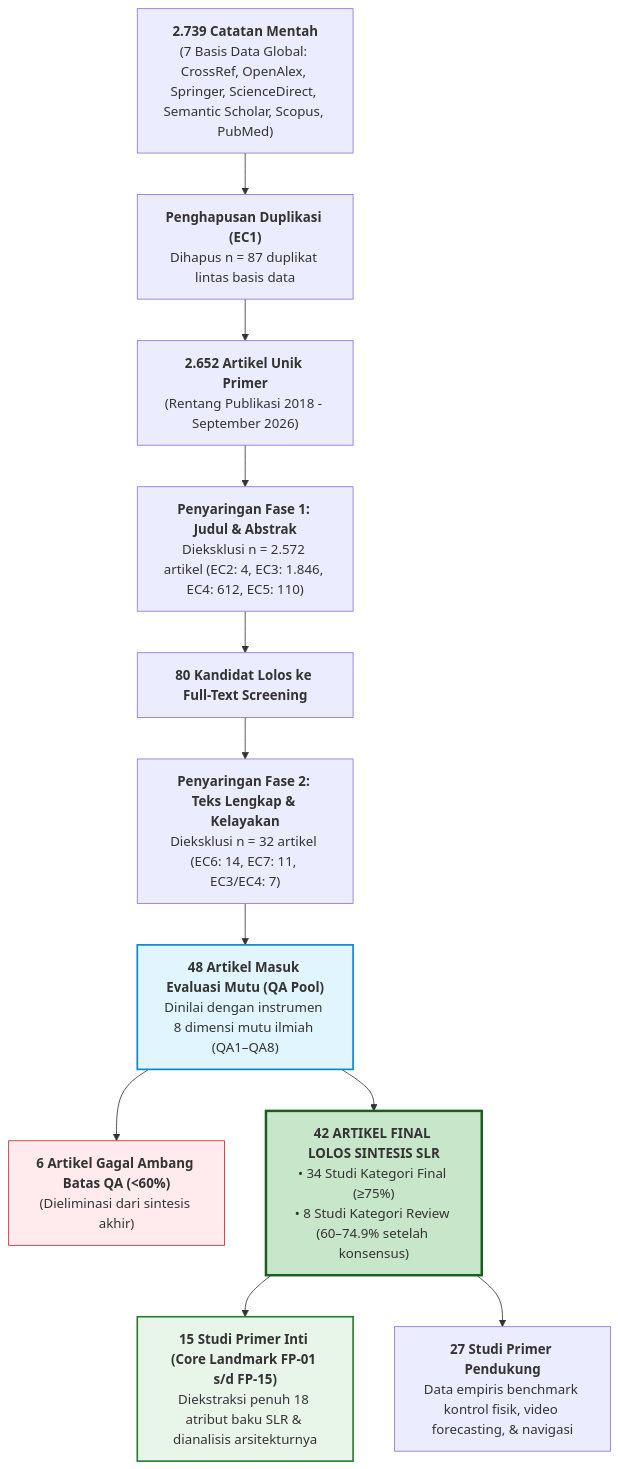
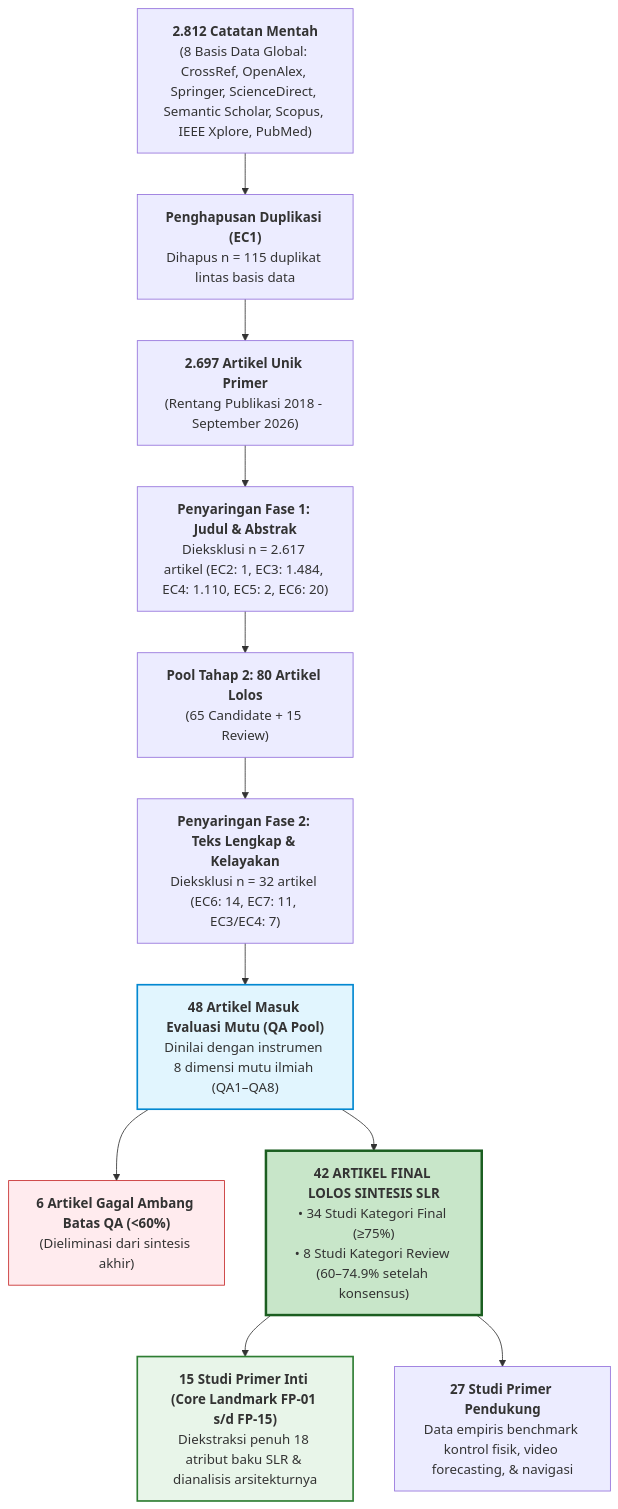
Before and after one commit to aryarefman/penulisan-ilmiah: the first of 2 diagrams in README.md, drawn with Mermaid. The commit also changed other lines of this file and 18 other files, not shown here.

````diff
--- a/README.md
+++ b/README.md
@@ -37,26 +37,26 @@
 ```mermaid
 flowchart TD
-    Raw["<b>2.739 Catatan Mentah</b><br>(7 Basis Data Global: CrossRef, OpenAlex, Springer, ScienceDirect, Semantic Scholar, Scopus, PubMed)"]
-    Dedup["<b>Penghapusan Duplikasi (EC1)</b><br>Dihapus n = 87 duplikat lintas basis data"]
-    Unique["<b>2.652 Artikel Unik Primer</b><br>(Rentang Publikasi 2018 - September 2026)"]
-    Screen1["<b>Penyaringan Fase 1: Judul & Abstrak</b><br>Dieksklusi n = 2.572 artikel (EC2: 4, EC3: 1.846, EC4: 612, EC5: 110)"]
-    Cand["<b>80 Kandidat Lolos ke Full-Text Screening</b>"]
+    Raw["<b>2.812 Catatan Mentah</b><br>(8 Basis Data Global: CrossRef, OpenAlex, Springer, ScienceDirect, Semantic Scholar, Scopus, IEEE Xplore, PubMed)"]
+    Dedup["<b>Penghapusan Duplikasi (EC1)</b><br>Dihapus n = 115 duplikat lintas basis data"]
+    Unique["<b>2.697 Artikel Unik Primer</b><br>(Rentang Publikasi 2018 - September 2026)"]
+    Screen1["<b>Penyaringan Fase 1: Judul & Abstrak</b><br>Dieksklusi n = 2.617 artikel (EC2: 1, EC3: 1.484, EC4: 1.110, EC5: 2, EC6: 20)"]
+    Cand["<b>Pool Tahap 2: 80 Artikel Lolos</b><br>(65 Candidate + 15 Review)"]
     Screen2["<b>Penyaringan Fase 2: Teks Lengkap & Kelayakan</b><br>Dieksklusi n = 32 artikel (EC6: 14, EC7: 11, EC3/EC4: 7)"]
     QAPool["<b>48 Artikel Masuk Evaluasi Mutu (QA Pool)</b><br>Dinilai dengan instrumen 8 dimensi mutu ilmiah (QA1–QA8)"]
     QA_Fail["<b>6 Artikel Gagal Ambang Batas QA (&lt;60%)</b><br>(Dieliminasi dari sintesis akhir)"]
     Final42["<b>42 ARTIKEL FINAL LOLOS SINTESIS SLR</b><br>• 34 Studi Kategori Final (&ge;75%)<br>• 8 Studi Kategori Review (60–74.9% setelah konsensus)"]
     Core15["<b>15 Studi Primer Inti (Core Landmark FP-01 s/d FP-15)</b><br>Diekstraksi penuh 18 atribut baku SLR & dianalisis arsitekturnya"]
     Supp27["<b>27 Studi Primer Pendukung</b><br>Data empiris benchmark kontrol fisik, video forecasting, & navigasi"]
 
     Raw --> Dedup --> Unique --> Screen1
     Screen1 --> Cand --> Screen2 --> QAPool
     QAPool --> QA_Fail
     QAPool --> Final42
     Final42 --> Core15
     Final42 --> Supp27
 
     style QAPool fill:#e1f5fe,stroke:#0288d1,stroke-width:2px
     style Final42 fill:#c8e6c9,stroke:#1b5e20,stroke-width:3px
     style Core15 fill:#e8f5e9,stroke:#2e7d32,stroke-width:2px
     style QA_Fail fill:#ffebee,stroke:#c62828
 ```
````
